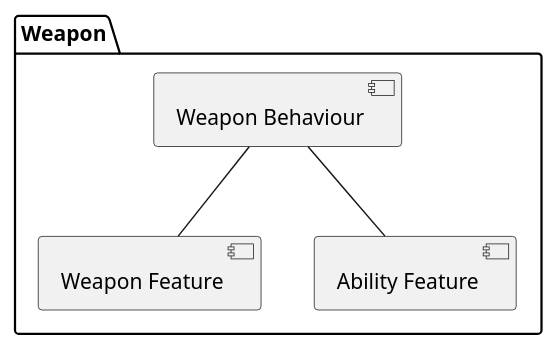
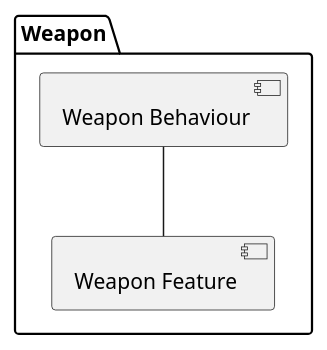
One commit to Famoose/marine-survivors changed the diagram in docs/01_Implementation/Prefabs/AbstractWeapon.puml. Above: the diagram before and after it, drawn with PlantUML. The commit also changed 9 other files, not shown here.

Commit message:
Refactor on death, new diagrams

```diff
--- a/docs/01_Implementation/Prefabs/AbstractWeapon.puml
+++ b/docs/01_Implementation/Prefabs/AbstractWeapon.puml
@@ -1,13 +1,10 @@
 @startuml
 
 package Weapon {
     [Weapon Behaviour] as weaponBeh
     [Weapon Feature] as weaponFea
-    [Ability Feature] as abilityFea
 }
 
 weaponBeh -- weaponFea
-weaponBeh -- abilityFea
-
 
 @enduml
```
